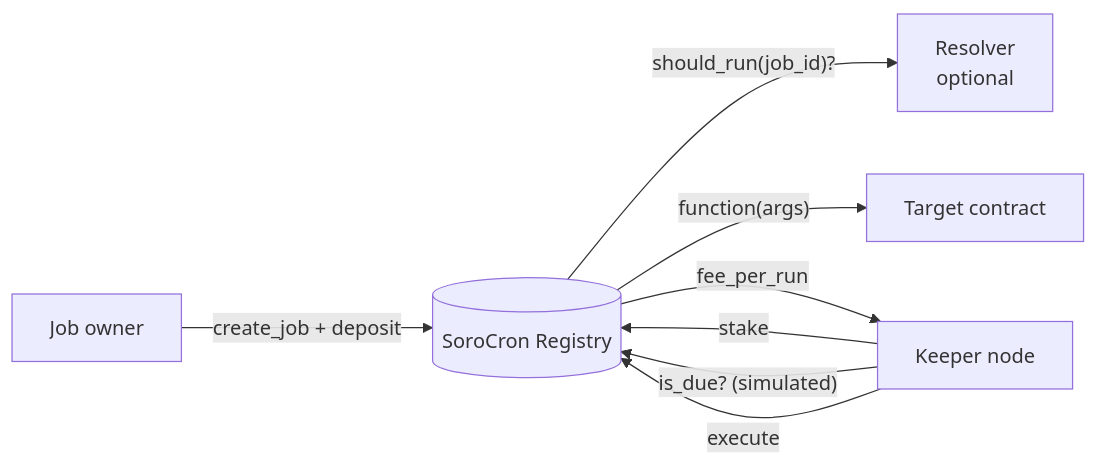
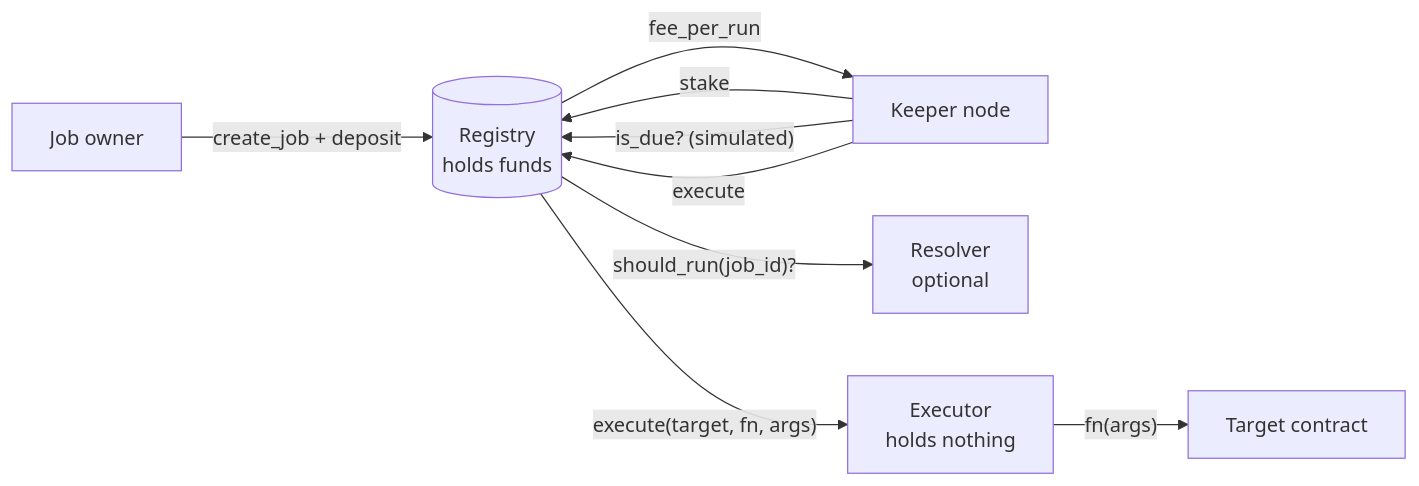
Before and after one commit to sorocon-labs/sorocron: the diagram in README.md, drawn with Mermaid. The commit also changed other lines of this file and 3 other files, not shown here.

````diff
--- a/README.md
+++ b/README.md
@@ -27,10 +53,11 @@
 ```mermaid
 flowchart LR
-    O[Job owner] -- create_job + deposit --> R[(SoroCron Registry)]
+    O[Job owner] -- "create_job + deposit" --> R[(Registry<br/>holds funds)]
     K[Keeper node] -- stake --> R
     K -- "is_due? (simulated)" --> R
     K -- execute --> R
     R -- "should_run(job_id)?" --> V[Resolver<br/>optional]
-    R -- "function(args)" --> T[Target contract]
+    R -- "execute(target, fn, args)" --> E[Executor<br/>holds nothing]
+    E -- "fn(args)" --> T[Target contract]
     R -- fee_per_run --> K
 ```
````
